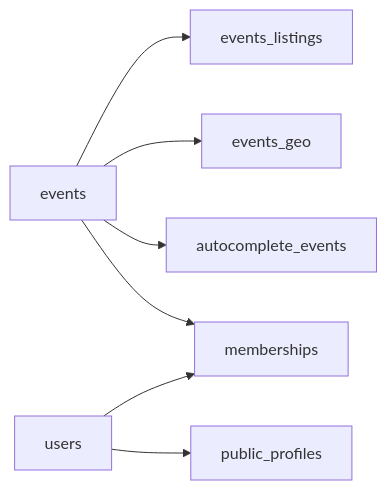
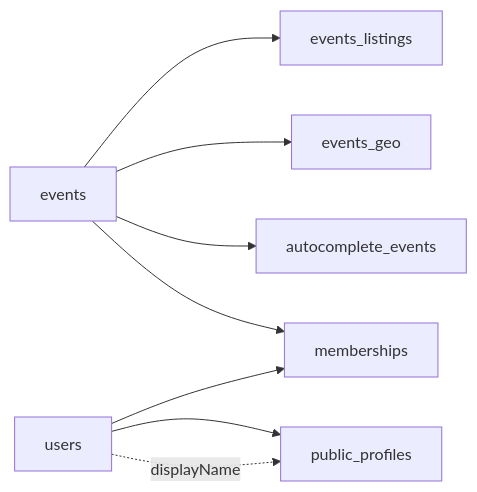
The diagram in Docs/data-model.md (thaenor/pair-up-events), drawn with Mermaid before and after one commit. The commit also changed other lines of this file and 65 other files, not shown here.

`````diff
--- a/Docs/data-model.md
+++ b/Docs/data-model.md
@@ -170,9 +195,10 @@
 ```mermaid
 graph LR
   A[events] --> B[events_listings]
   A --> C[events_geo]
   A --> D[autocomplete_events]
   E[users] --> F[memberships]
   E --> G[public_profiles]
   A --> F
+  E -.->|displayName| G
 ````
`````
